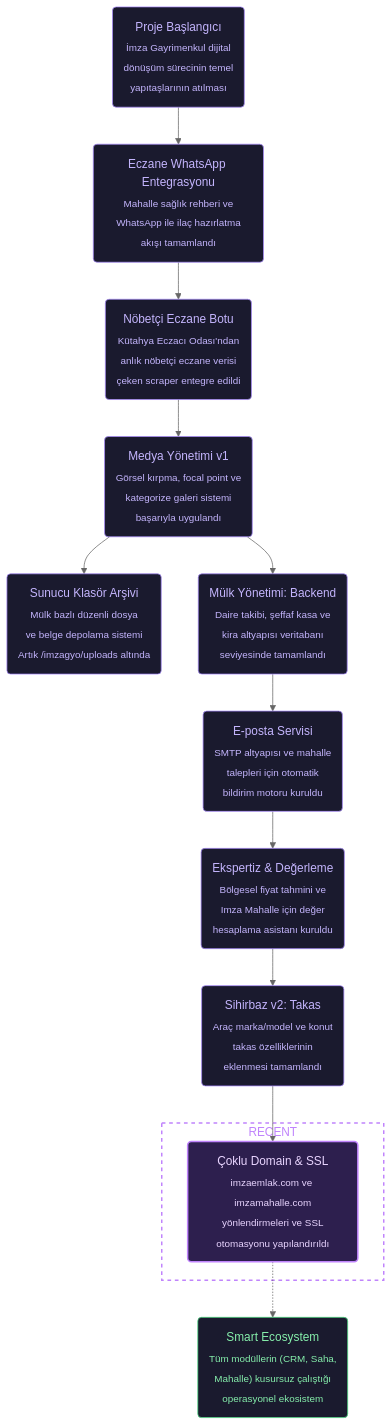
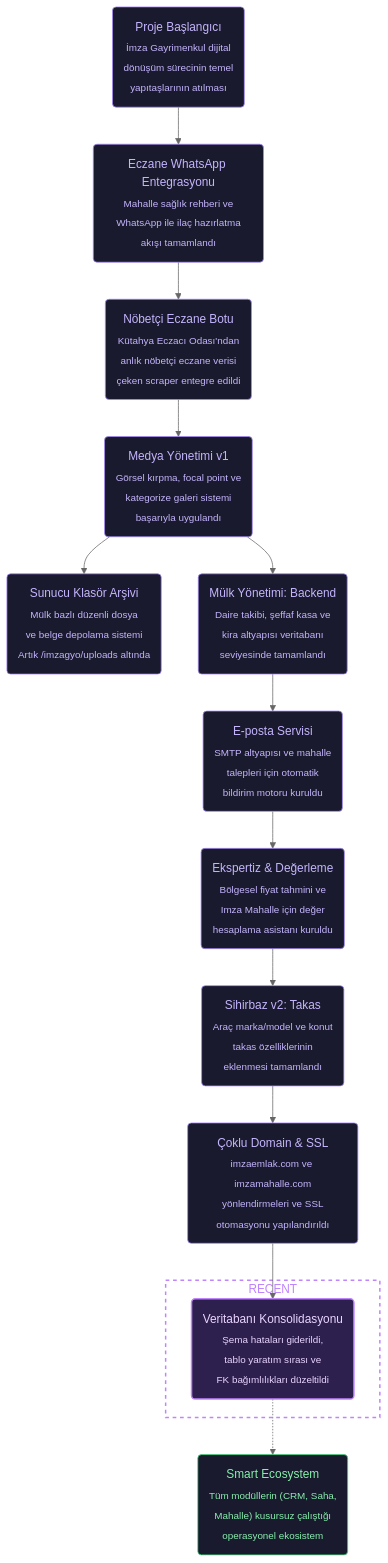
The diagram in vizvibe.mmd (ramosis/imzagyo), drawn with Mermaid (neutral theme) before and after one commit. The commit also changed 1 other file, not shown here.

Commit message:
fix: restore staff_locations and finalize database schema cleanup

```diff
--- a/vizvibe.mmd
+++ b/vizvibe.mmd
@@ -1,77 +1,82 @@
 flowchart TD
     %% === PROJE HEDEFLERİ ===
     %% Ultimate Goal: İmza Gayrimenkul portalını modern UI/UX, akıllı analiz ve birleşik mantıkla yeniden inşa etmek.
     %% Current Goal: Çoklu domain yapısı ve ekspertiz modülü yayına alınıyor.
 
     %% === NODES ===
     %% @project_start [start, closed, 2026-03-01, nam]
     start("Proje Başlangıcı<br/><sub>İmza Gayrimenkul dijital<br/>dönüşüm sürecinin temel<br/>yapıtaşlarının atılması</sub>")
 
     %% @feature_health_whatsapp [ai-task, closed, 2026-03-24, antigravity]
     health_whatsapp("Eczane WhatsApp Entegrasyonu<br/><sub>Mahalle sağlık rehberi ve<br/>WhatsApp ile ilaç hazırlatma<br/>akışı tamamlandı</sub>")
 
     %% @feature_pharmacy_scrape [ai-task, closed, 2026-03-21, antigravity]
     pharmacy_scrape("Nöbetçi Eczane Botu<br/><sub>Kütahya Eczacı Odası'ndan<br/>anlık nöbetçi eczane verisi<br/>çeken scraper entegre edildi</sub>")
 
     %% @feature_media_manager [ai-task, closed, 2026-03-24, antigravity]
     feature_media_manager("Medya Yönetimi v1<br/><sub>Görsel kırpma, focal point ve<br/>kategorize galeri sistemi<br/>başarıyla uygulandı</sub>")
 
     %% @feature_folder_structure [ai-task, closed, 2026-03-21, antigravity]
     folder_structure("Sunucu Klasör Arşivi<br/><sub>Mülk bazlı düzenli dosya<br/>ve belge depolama sistemi<br/>Artık /imzagyo/uploads altında</sub>")
 
     %% @feature_mulk_yonetim_db [ai-task, closed, 2026-03-21, antigravity]
     mulk_yonetim_db("Mülk Yönetimi: Backend<br/><sub>Daire takibi, şeffaf kasa ve<br/>kira altyapısı veritabanı<br/>seviyesinde tamamlandı</sub>")
 
     %% @feature_email_service [ai-task, closed, 2026-03-21, antigravity]
     email_service("E-posta Servisi<br/><sub>SMTP altyapısı ve mahalle<br/>talepleri için otomatik<br/>bildirim motoru kuruldu</sub>")
 
     %% @feature_appraisal_module [ai-task, closed, 2026-03-21, antigravity]
     appraisal_module("Ekspertiz & Değerleme<br/><sub>Bölgesel fiyat tahmini ve<br/>Imza Mahalle için değer<br/>hesaplama asistanı kuruldu</sub>")
 
     %% @feature_wizard_v2 [ai-task, closed, 2026-03-21, antigravity]
     wizard_v2("Sihirbaz v2: Takas<br/><sub>Araç marka/model ve konut<br/>takas özelliklerinin<br/>eklenmesi tamamlandı</sub>")
 
     %% @feature_multi_domain [ai-task, closed, 2026-03-21, antigravity]
     feature_multi_domain("Çoklu Domain & SSL<br/><sub>imzaemlak.com ve imzamahalle.com<br/>yönlendirmeleri ve SSL<br/>otomasyonu yapılandırıldı</sub>")
 
+    %% @db_schema_refactor [ai-task, closed, 2026-03-24, antigravity]
+    db_schema_refactor("Veritabanı Konsolidasyonu<br/><sub>Şema hataları giderildi,<br/>tablo yaratım sırası ve<br/>FK bağımlılıkları düzeltildi</sub>")
+
     %% @ultimate_goal [end, opened, 2026-03-19, user]
     ultimate_goal("Smart Ecosystem<br/><sub>Tüm modüllerin (CRM, Saha,<br/>Mahalle) kusursuz çalıştığı<br/>operasyonel ekosistem</sub>")
 
     %% === CONNECTIONS ===
     start --> health_whatsapp
     health_whatsapp --> pharmacy_scrape
     pharmacy_scrape --> feature_media_manager
     feature_media_manager --> folder_structure
     feature_media_manager --> mulk_yonetim_db
     mulk_yonetim_db --> email_service
     email_service --> appraisal_module
     appraisal_module --> wizard_v2
     wizard_v2 --> feature_multi_domain
-    feature_multi_domain -.-> ultimate_goal
+    feature_multi_domain --> db_schema_refactor
+    db_schema_refactor -.-> ultimate_goal
 
     %% === RECENT WORK HIGHLIGHT ===
     subgraph recent [RECENT]
-        feature_multi_domain
+        db_schema_refactor
     end
 
     %% === STYLES ===
     %% Closed (soft purple)
     style start fill:#1a1a2e,stroke:#a78bfa,color:#c4b5fd,stroke-width:1px
     style health_whatsapp fill:#1a1a2e,stroke:#a78bfa,color:#c4b5fd,stroke-width:1px
     style pharmacy_scrape fill:#1a1a2e,stroke:#a78bfa,color:#c4b5fd,stroke-width:1px
     style feature_media_manager fill:#1a1a2e,stroke:#a78bfa,color:#c4b5fd,stroke-width:1px
     style folder_structure fill:#1a1a2e,stroke:#a78bfa,color:#c4b5fd,stroke-width:1px
     style mulk_yonetim_db fill:#1a1a2e,stroke:#a78bfa,color:#c4b5fd,stroke-width:1px
     style email_service fill:#1a1a2e,stroke:#a78bfa,color:#c4b5fd,stroke-width:1px
     style appraisal_module fill:#1a1a2e,stroke:#a78bfa,color:#c4b5fd,stroke-width:1px
     style wizard_v2 fill:#1a1a2e,stroke:#a78bfa,color:#c4b5fd,stroke-width:1px
     style feature_multi_domain fill:#1a1a2e,stroke:#a78bfa,color:#c4b5fd,stroke-width:1px
+    style db_schema_refactor fill:#1a1a2e,stroke:#a78bfa,color:#c4b5fd,stroke-width:1px
 
     %% Recent (bright purple)
-    style feature_multi_domain fill:#2d1f4e,stroke:#c084fc,color:#e9d5ff,stroke-width:2px
+    style db_schema_refactor fill:#2d1f4e,stroke:#c084fc,color:#e9d5ff,stroke-width:2px
 
     %% Recent subgraph
     style recent fill:transparent,stroke:#c084fc,color:#c084fc,stroke-width:2px,stroke-dasharray:5 5
 
     %% Open (soft green)
     style ultimate_goal fill:#1a1a2e,stroke:#4ade80,color:#86efac,stroke-width:1px
```
